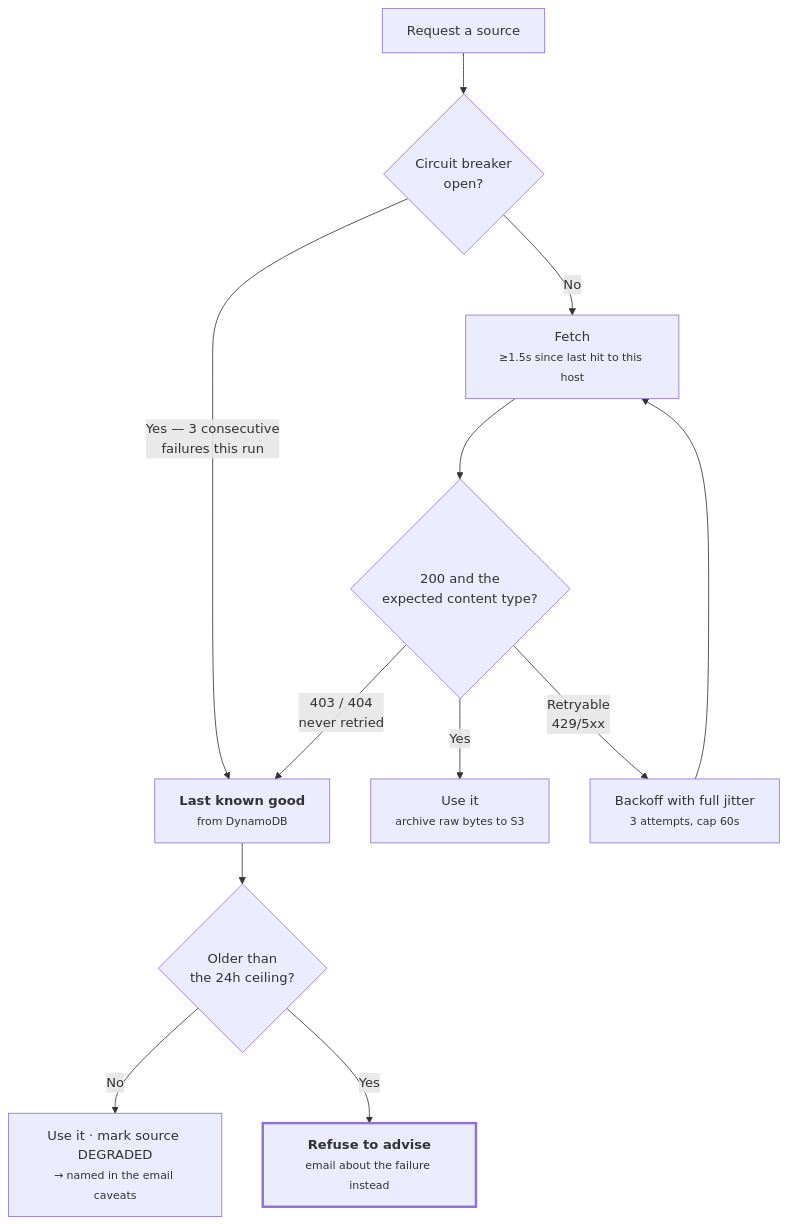
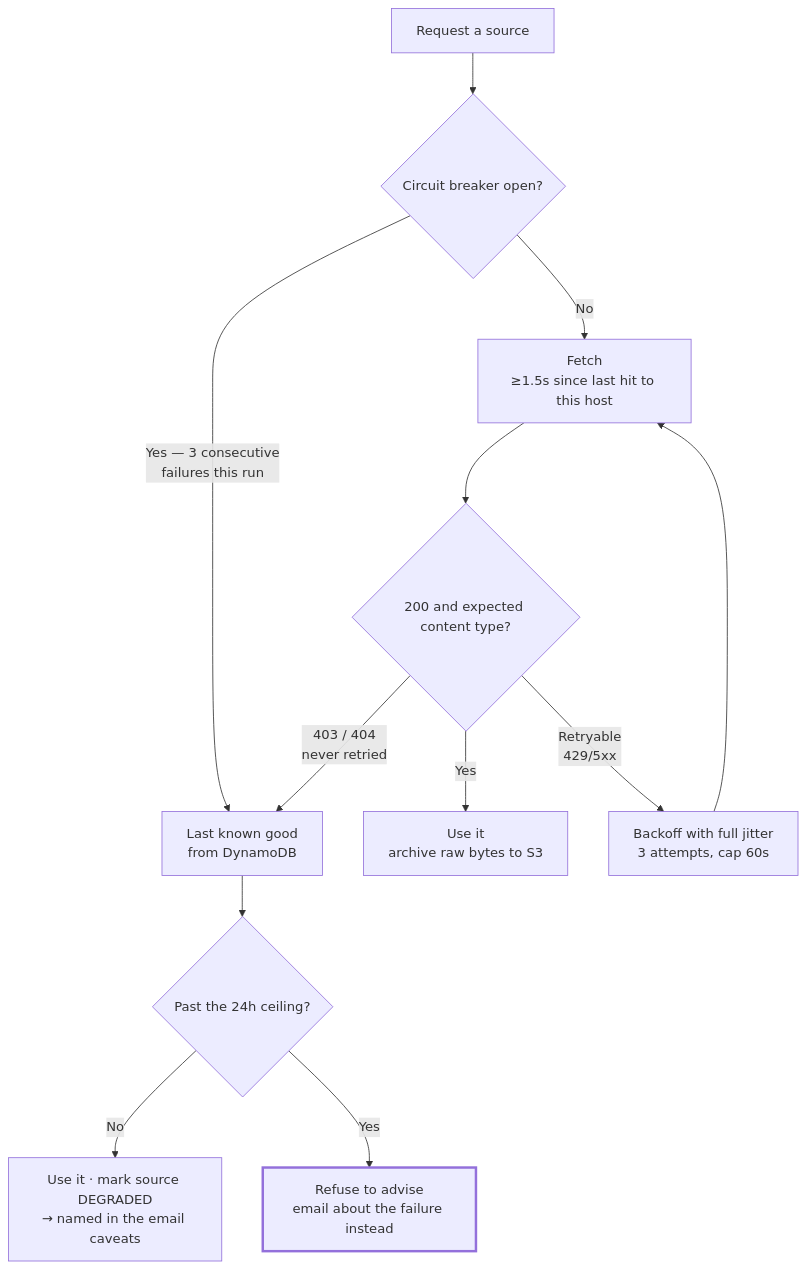
One commit to MasonGallagher/FplBot changed diagram 12 of 12 in docs/DIAGRAMS.md. Above: the diagram before and after it, drawn with Mermaid. The commit also changed other lines of this file and 1 other file, not shown here.

````diff
--- a/docs/DIAGRAMS.md
+++ b/docs/DIAGRAMS.md
@@ -406,16 +470,16 @@
 ```mermaid
 flowchart TD
-    REQ["Request a source"] --> BRK{"Circuit breaker<br/>open?"}
+    REQ["Request a source"] --> BRK{"Circuit breaker open?"}
     BRK -->|"Yes — 3 consecutive<br/>failures this run"| LKG
-    BRK -->|"No"| TRY["Fetch<br/><small>≥1.5s since last hit to this host</small>"]
-    TRY --> OK{"200 and the<br/>expected content type?"}
-    OK -->|"Yes"| USE["Use it<br/><small>archive raw bytes to S3</small>"]
-    OK -->|"Retryable<br/>429/5xx"| RETRY["Backoff with full jitter<br/><small>3 attempts, cap 60s</small>"] --> TRY
+    BRK -->|"No"| TRY["Fetch<br/>≥1.5s since last hit to this host"]
+    TRY --> OK{"200 and expected content type?"}
+    OK -->|"Yes"| USE["Use it<br/>archive raw bytes to S3"]
+    OK -->|"Retryable<br/>429/5xx"| RETRY["Backoff with full jitter<br/>3 attempts, cap 60s"] --> TRY
     OK -->|"403 / 404<br/>never retried"| LKG
-    LKG["<b>Last known good</b><br/><small>from DynamoDB</small>"] --> AGE{"Older than<br/>the 24h ceiling?"}
-    AGE -->|"No"| DEG["Use it · mark source DEGRADED<br/><small>→ named in the email caveats</small>"]
-    AGE -->|"Yes"| REFUSE["<b>Refuse to advise</b><br/><small>email about the failure instead</small>"]
+    LKG["Last known good<br/>from DynamoDB"] --> AGE{"Past the 24h ceiling?"}
+    AGE -->|"No"| DEG["Use it · mark source DEGRADED<br/>→ named in the email caveats"]
+    AGE -->|"Yes"| REFUSE["Refuse to advise<br/>email about the failure instead"]
 
     classDef emphasis stroke-width:3px
     class REFUSE emphasis
 ```
````
